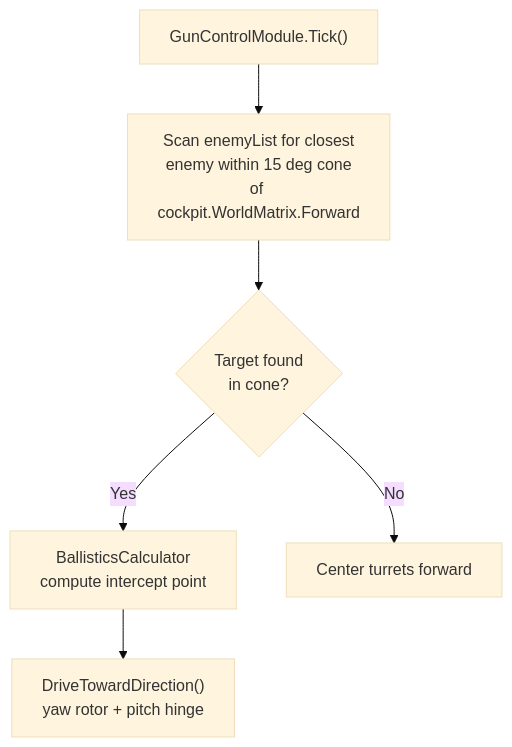
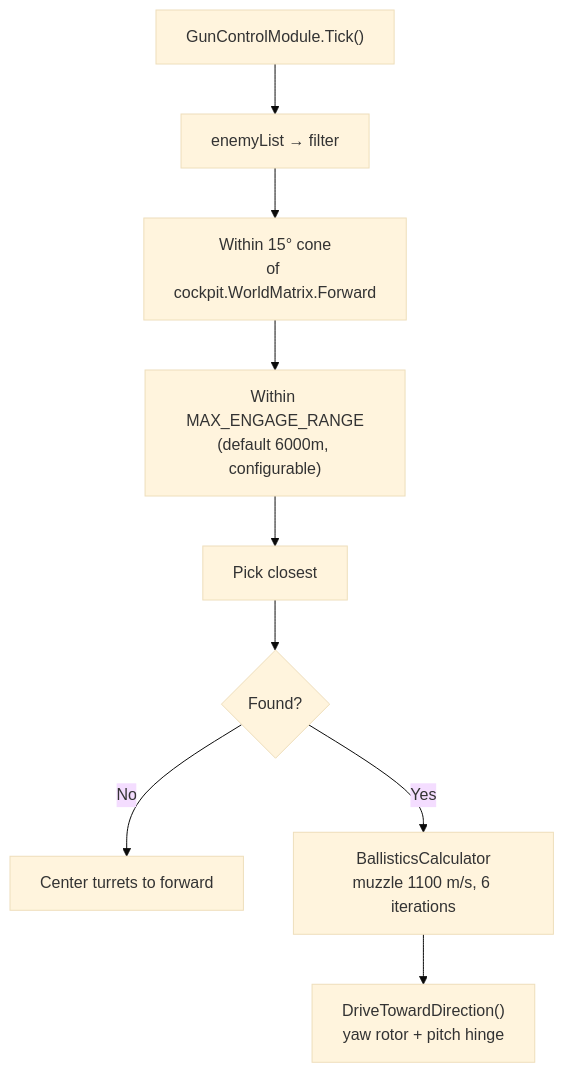
The seventh of 7 diagrams in docs/target-tracking.md (Terilia/JetOS), drawn with Mermaid (base theme) before and after one commit. The commit also changed other lines of this file and 23 other files, not shown here.

````diff
--- a/docs/target-tracking.md
+++ b/docs/target-tracking.md
@@ -201,8 +234,11 @@
 ```mermaid
 flowchart TD
-    GUN["GunControlModule.Tick()"] --> CONE["Scan enemyList for closest\nenemy within 15 deg cone\nof cockpit.WorldMatrix.Forward"]
-    CONE --> FOUND{"Target found\nin cone?"}
-    FOUND -- "Yes" --> BALLI["BallisticsCalculator\ncompute intercept point"]
-    FOUND -- "No" --> CENTER["Center turrets forward"]
-    BALLI --> AIM["DriveTowardDirection()\nyaw rotor + pitch hinge"]
+    GT["GunControlModule.Tick()"] --> EN["enemyList → filter"]
+    EN --> CONE["Within 15° cone<br/>of cockpit.WorldMatrix.Forward"]
+    CONE --> RNG["Within MAX_ENGAGE_RANGE<br/>(default 6000m, configurable)"]
+    RNG --> CL["Pick closest"]
+    CL --> FOUND{Found?}
+    FOUND -- "No" --> CTR["Center turrets to forward"]
+    FOUND -- "Yes" --> BC["BallisticsCalculator<br/>muzzle 1100 m/s, 6 iterations"]
+    BC --> AIM["DriveTowardDirection()<br/>yaw rotor + pitch hinge"]
 ```
````
